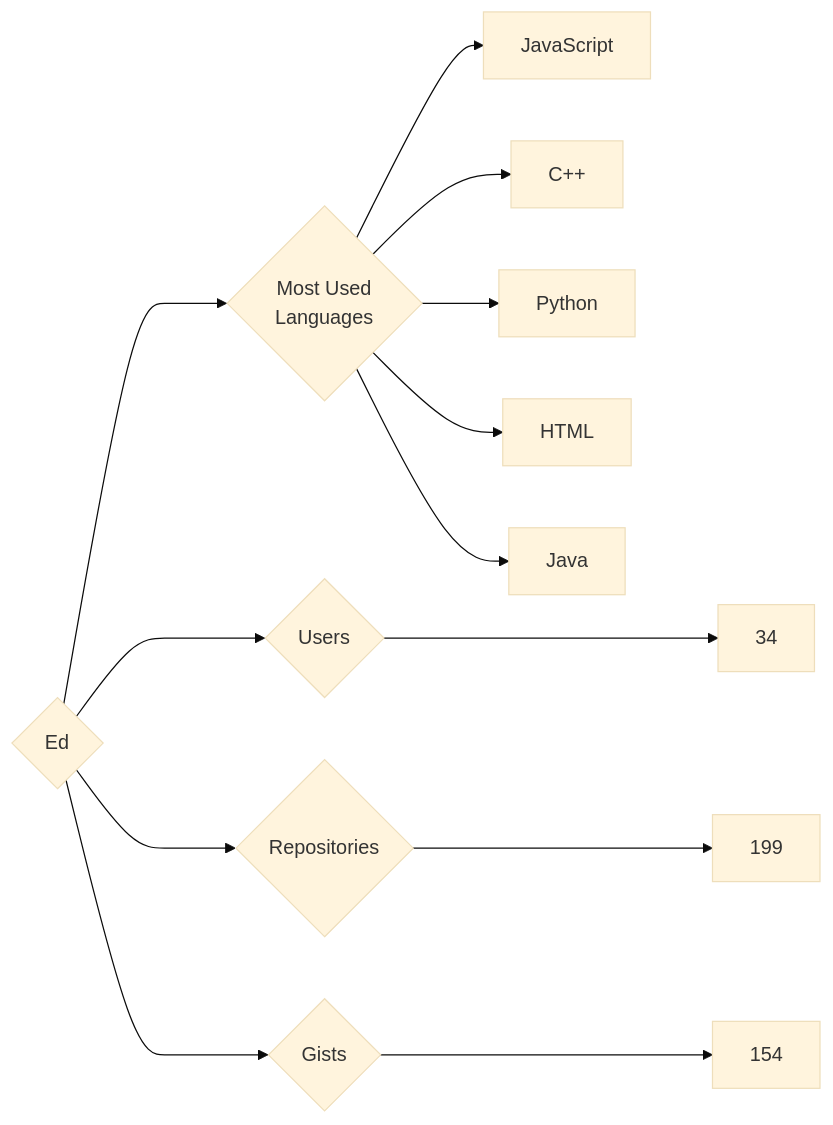
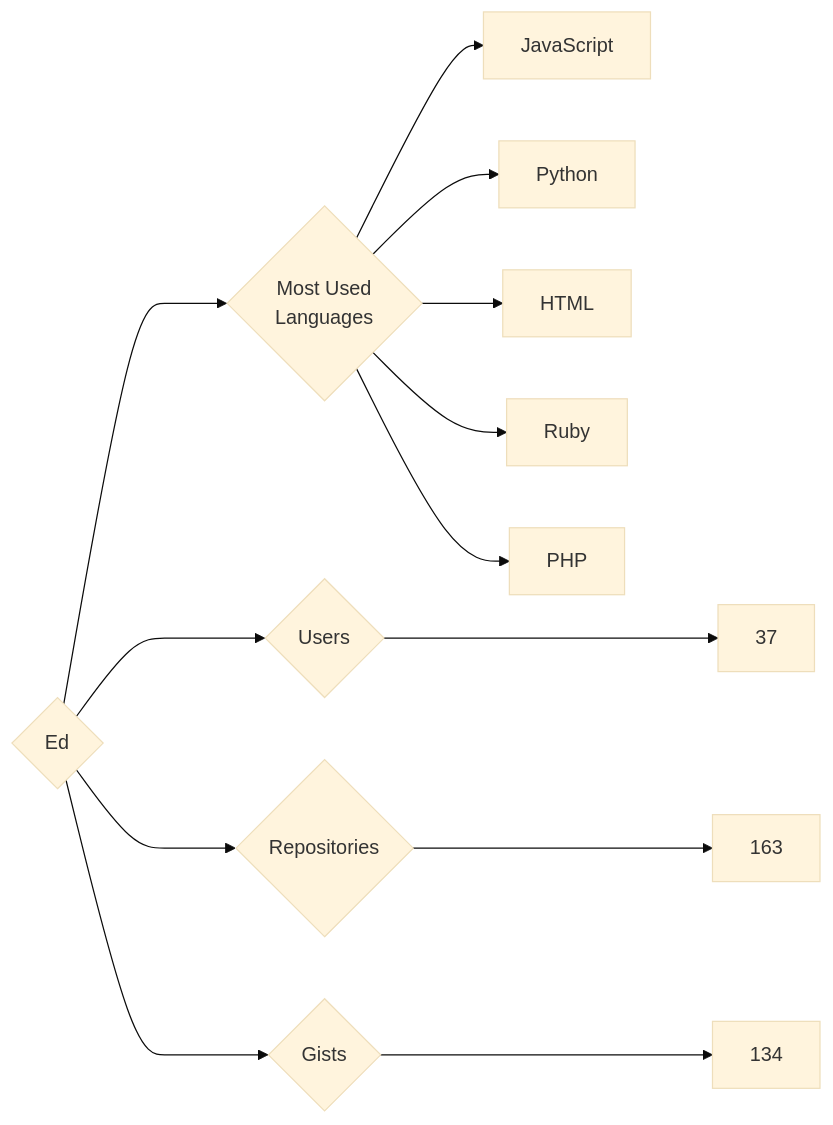
One commit to trickest/insiders changed the diagram in targets/Ed/README.md. Above: the diagram before and after it, drawn with Mermaid (base theme). The commit also changed 914 other files, not shown here.

````diff
--- a/targets/Ed/README.md
+++ b/targets/Ed/README.md
@@ -3,13 +3,13 @@
 ```mermaid
 graph LR
 COMPANY_NAME{Ed}
-COMPANY_NAME ---> U{Users} ---> UN[34]
-COMPANY_NAME ---> R{Repositories} ---> RN[199]
-COMPANY_NAME ---> G{Gists} ---> GN[154]
+COMPANY_NAME ---> U{Users} ---> UN[37]
+COMPANY_NAME ---> R{Repositories} ---> RN[163]
+COMPANY_NAME ---> G{Gists} ---> GN[134]
 COMPANY_NAME ---> ML{Most Used<br>Languages}
 ML --> JavaScript[JavaScript]
-ML --> C++[C++]
 ML --> Python[Python]
 ML --> HTML[HTML]
-ML --> Java[Java]
+ML --> Ruby[Ruby]
+ML --> PHP[PHP]
 ```
````
